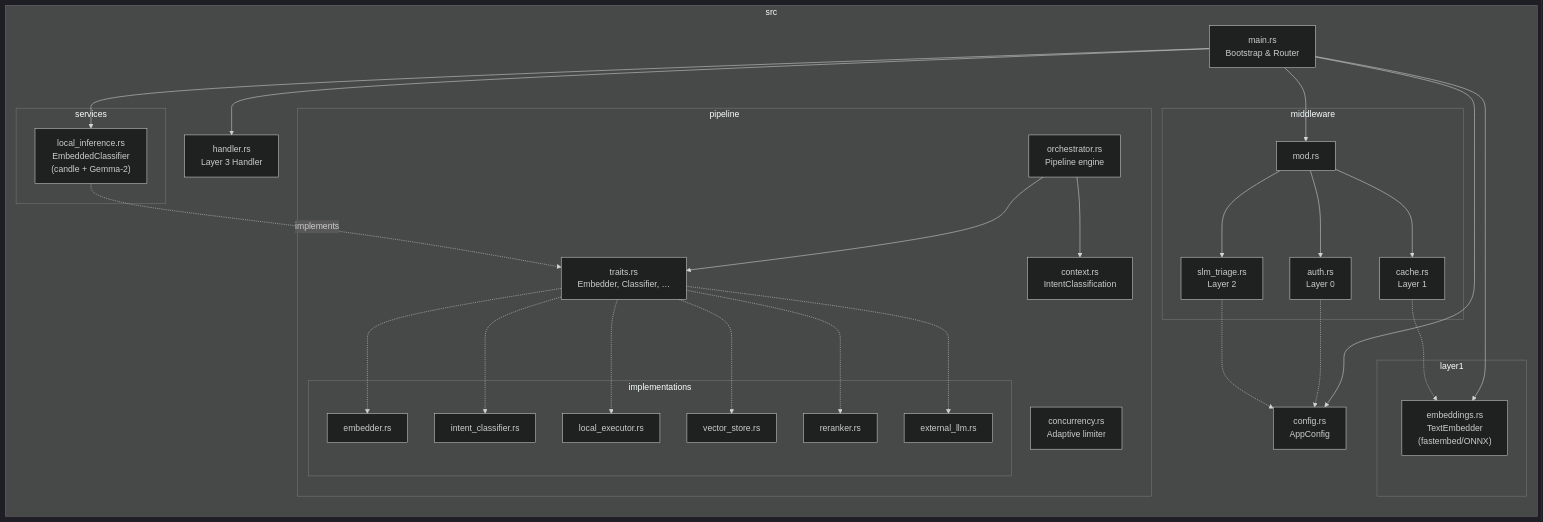
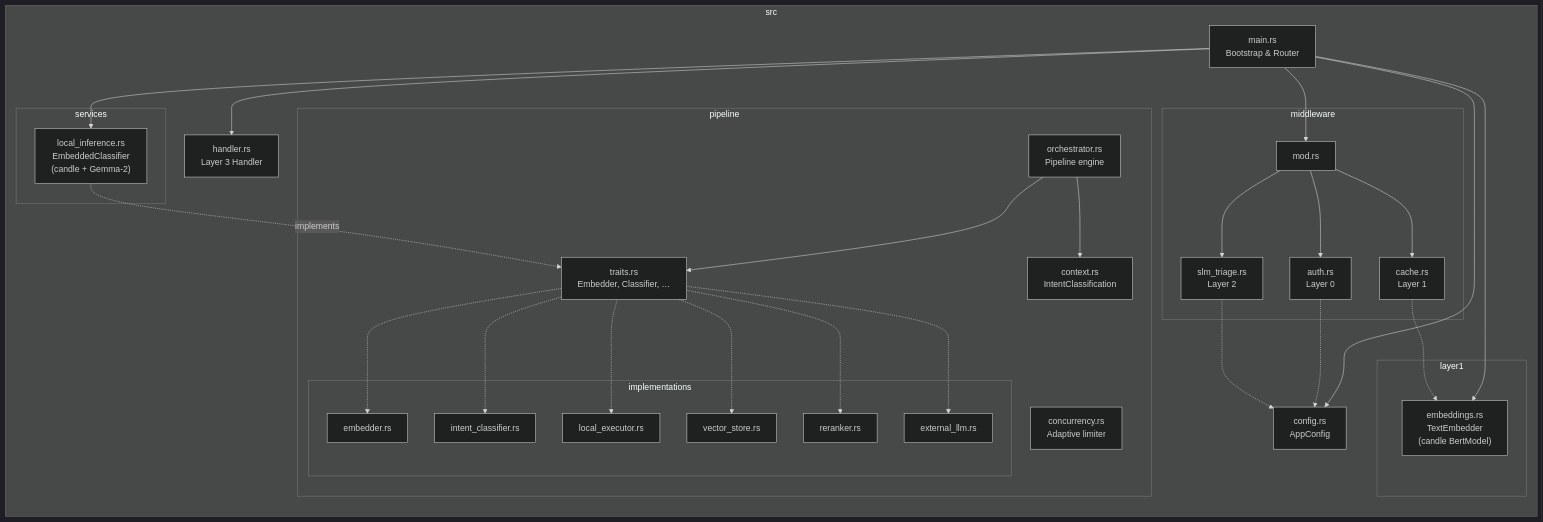
One commit to isartor-ai/Isartor changed the third of 4 diagrams in architecture.md. Above: the diagram before and after it, drawn with Mermaid (dark theme). The commit also changed other lines of this file and 6 other files, not shown here.

First line of the commit message:
chore: remove all ONNX / fastembed references

````diff
--- a/architecture.md
+++ b/architecture.md
@@ -126,48 +126,48 @@
 ```mermaid
 graph LR
     subgraph src
         main["main.rs\nBootstrap & Router"]
         config["config.rs\nAppConfig"]
         handler["handler.rs\nLayer 3 Handler"]
         subgraph layer1
-            emb_l1["embeddings.rs\nTextEmbedder\n(fastembed/ONNX)"]
+            emb_l1["embeddings.rs\nTextEmbedder\n(candle BertModel)"]
         end
         subgraph middleware
             mod["mod.rs"]
             auth["auth.rs\nLayer 0"]
             cache["cache.rs\nLayer 1"]
             slm["slm_triage.rs\nLayer 2"]
         end
         subgraph services
             li["local_inference.rs\nEmbeddedClassifier\n(candle + Gemma-2)"]
         end
         subgraph pipeline
             ctx["context.rs\nIntentClassification"]
             traits["traits.rs\nEmbedder, Classifier, …"]
             orch["orchestrator.rs\nPipeline engine"]
             conc["concurrency.rs\nAdaptive limiter"]
             subgraph implementations
                 emb["embedder.rs"]
                 vs["vector_store.rs"]
                 ic["intent_classifier.rs"]
                 le["local_executor.rs"]
                 rr["reranker.rs"]
                 el["external_llm.rs"]
             end
         end
     end
 
     main --> config
     main --> handler
     main --> mod
     main --> li
     main --> emb_l1
     mod --> auth & cache & slm
     cache -.-> emb_l1
     auth -.-> config
     slm -.-> config
     orch --> traits
     orch --> ctx
     traits -.-> ic & le & emb & vs & rr & el
     li -.->|"implements"| traits
 ```
````
